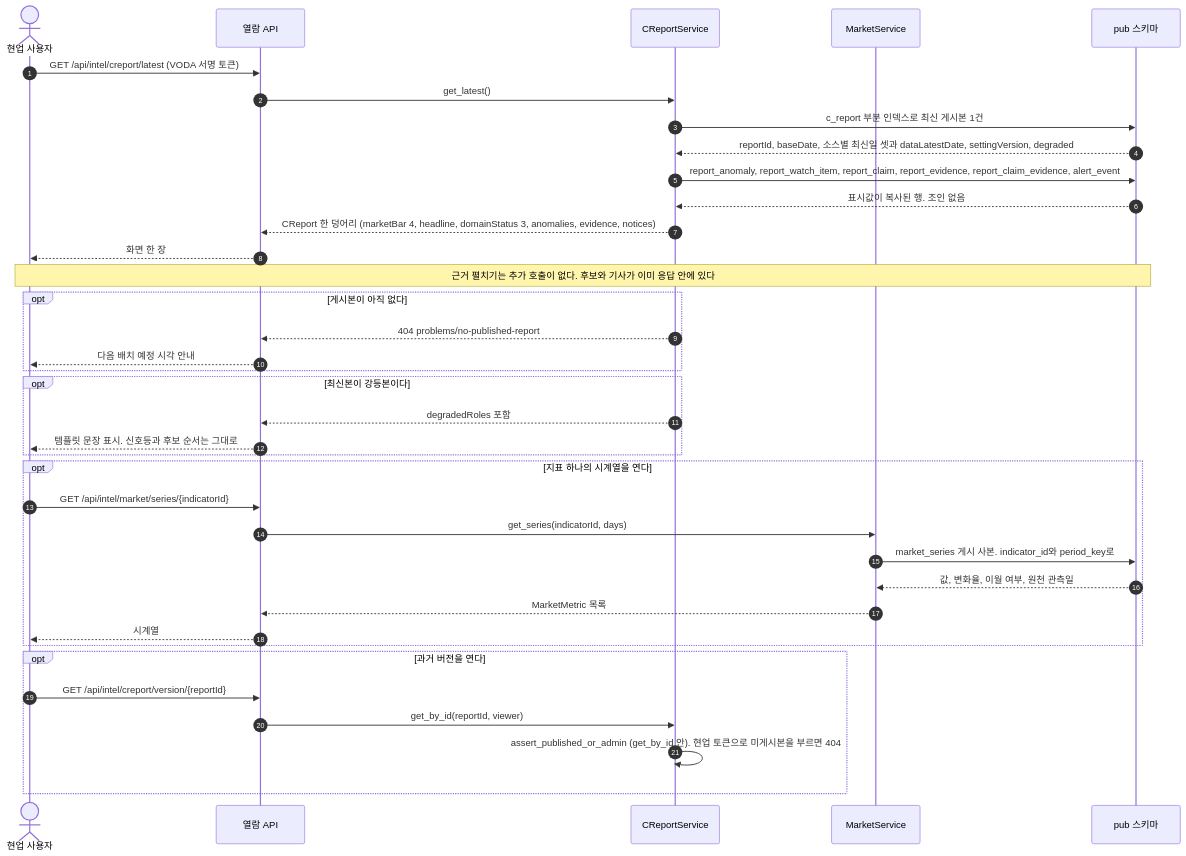
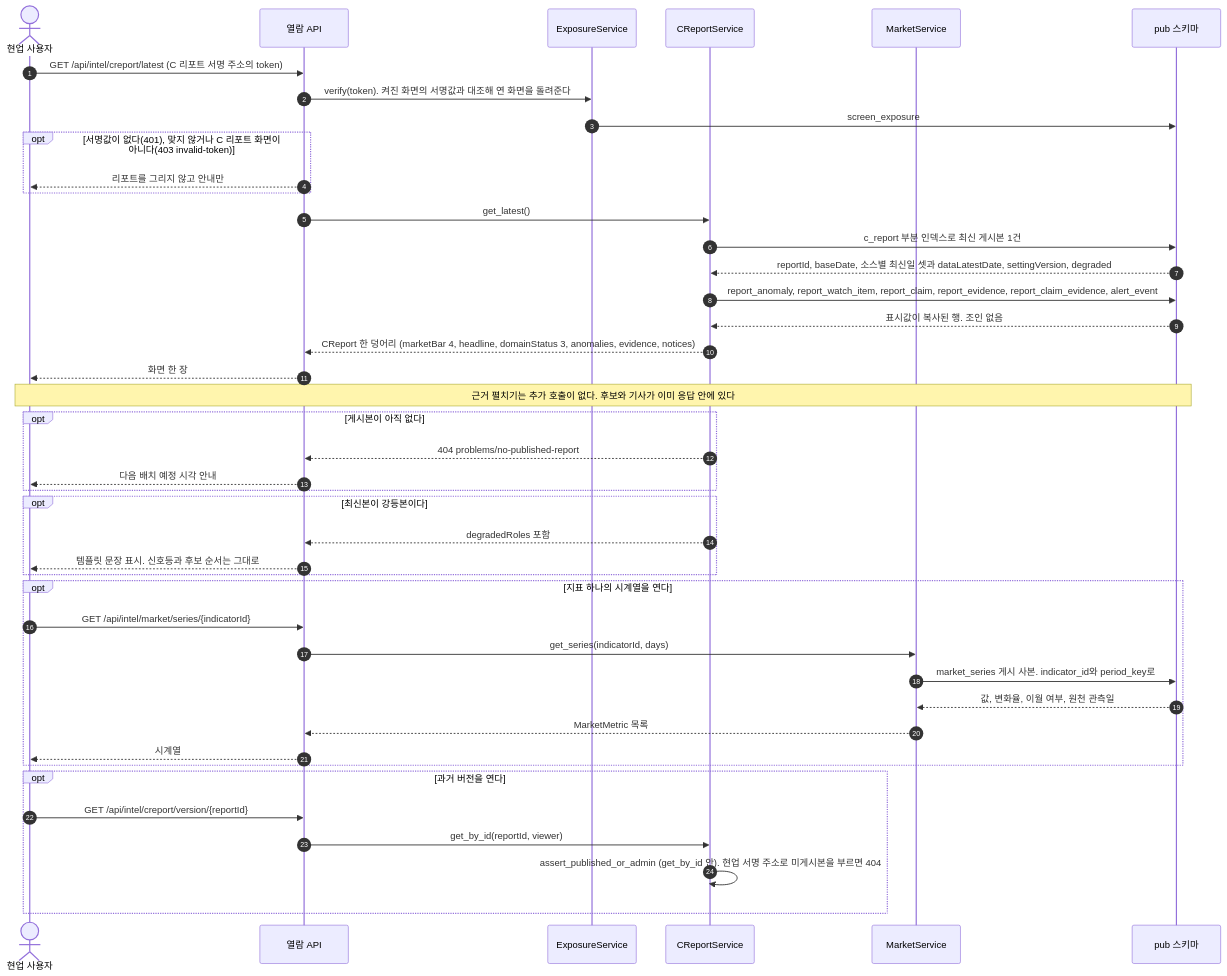
One commit to HoyoungParkme/tableau_platform changed the first of 15 diagrams in docs/specs/09-SEQ/TBL-SEQ-002.md. Above: the diagram before and after it, drawn with Mermaid. The commit also changed other lines of this file, not shown here.

Commit message:
유저 결정 반영(2026-09-30): SEQ-1·SEQ-2에 서명 주소 확인(verify)과 PDF 내려받기, SEQ-15 열람 주소 발급·회전 신설, 생명선 ExposureService, 대응표, 미결 둘 해소.

````diff
--- a/docs/specs/09-SEQ/TBL-SEQ-002.md
+++ b/docs/specs/09-SEQ/TBL-SEQ-002.md
@@ -81,39 +82,45 @@
 ```mermaid
 sequenceDiagram
   autonumber
   actor H as 현업 사용자
   participant API as 열람 API
+  participant EXP as ExposureService
   participant CRS as CReportService
   participant MKT as MarketService
   participant DB_PUB as pub 스키마
-  H->>API: GET /api/intel/creport/latest (VODA 서명 토큰)
+  H->>API: GET /api/intel/creport/latest (C 리포트 서명 주소의 token)
+  API->>EXP: verify(token). 켜진 화면의 서명값과 대조해 연 화면을 돌려준다
+  EXP->>DB_PUB: screen_exposure
+  opt 서명값이 없다(401), 맞지 않거나 C 리포트 화면이 아니다(403 invalid-token)
+    API-->>H: 리포트를 그리지 않고 안내만
+  end
   API->>CRS: get_latest()
   CRS->>DB_PUB: c_report 부분 인덱스로 최신 게시본 1건
   DB_PUB-->>CRS: reportId, baseDate, 소스별 최신일 셋과 dataLatestDate, settingVersion, degraded
   CRS->>DB_PUB: report_anomaly, report_watch_item, report_claim, report_evidence, report_claim_evidence, alert_event
   DB_PUB-->>CRS: 표시값이 복사된 행. 조인 없음
   CRS-->>API: CReport 한 덩어리 (marketBar 4, headline, domainStatus 3, anomalies, evidence, notices)
   API-->>H: 화면 한 장
   Note over H,DB_PUB: 근거 펼치기는 추가 호출이 없다. 후보와 기사가 이미 응답 안에 있다
   opt 게시본이 아직 없다
     CRS-->>API: 404 problems/no-published-report
     API-->>H: 다음 배치 예정 시각 안내
   end
   opt 최신본이 강등본이다
     CRS-->>API: degradedRoles 포함
     API-->>H: 템플릿 문장 표시. 신호등과 후보 순서는 그대로
   end
   opt 지표 하나의 시계열을 연다
     H->>API: GET /api/intel/market/series/{indicatorId}
     API->>MKT: get_series(indicatorId, days)
     MKT->>DB_PUB: market_series 게시 사본. indicator_id와 period_key로
     DB_PUB-->>MKT: 값, 변화율, 이월 여부, 원천 관측일
     MKT-->>API: MarketMetric 목록
     API-->>H: 시계열
   end
   opt 과거 버전을 연다
     H->>API: GET /api/intel/creport/version/{reportId}
     API->>CRS: get_by_id(reportId, viewer)
-    CRS->>CRS: assert_published_or_admin (get_by_id 안). 현업 토큰으로 미게시본을 부르면 404
+    CRS->>CRS: assert_published_or_admin (get_by_id 안). 현업 서명 주소로 미게시본을 부르면 404
   end
 ```
````
